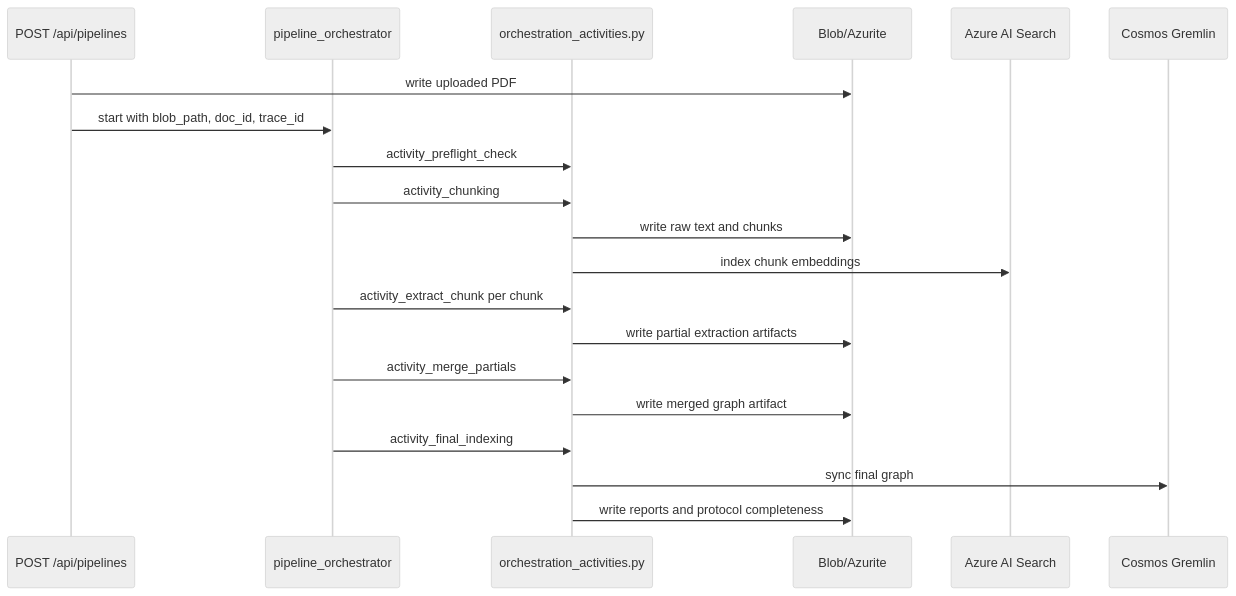
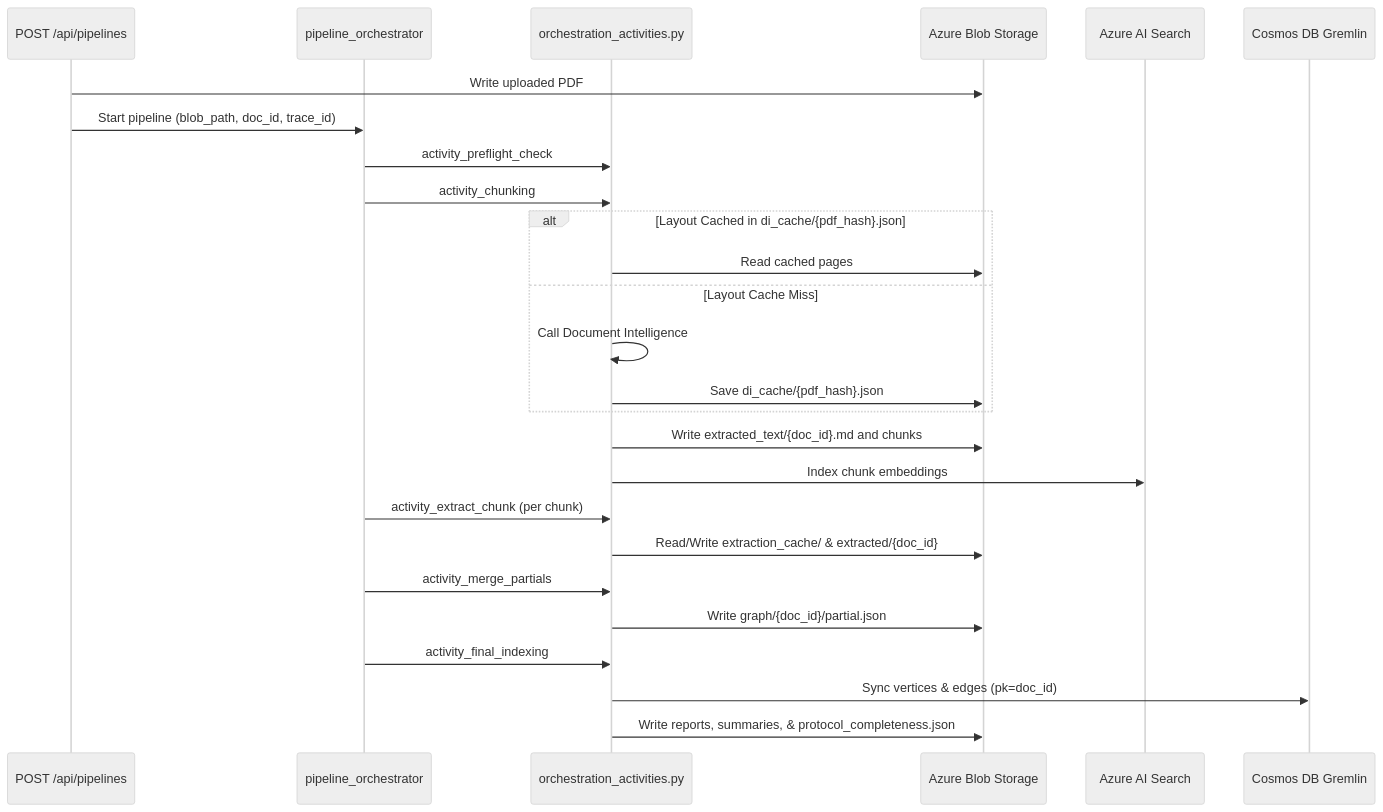
One commit to zvieli/MAG_Agent changed the diagram in src/processing/README.md. Above: the diagram before and after it, drawn with Mermaid (neutral theme). The commit also changed other lines of this file and 10 other files, not shown here.

````diff
--- a/src/processing/README.md
+++ b/src/processing/README.md
@@ -29,23 +30,29 @@
 ```mermaid
 sequenceDiagram
     participant HTTP as POST /api/pipelines
     participant O as pipeline_orchestrator
     participant A as orchestration_activities.py
-    participant S as Blob/Azurite
+    participant S as Azure Blob Storage
     participant Search as Azure AI Search
-    participant C as Cosmos Gremlin
+    participant C as Cosmos DB Gremlin
 
-    HTTP->>S: write uploaded PDF
-    HTTP->>O: start with blob_path, doc_id, trace_id
+    HTTP->>S: Write uploaded PDF
+    HTTP->>O: Start pipeline (blob_path, doc_id, trace_id)
     O->>A: activity_preflight_check
     O->>A: activity_chunking
-    A->>S: write raw text and chunks
-    A->>Search: index chunk embeddings
-    O->>A: activity_extract_chunk per chunk
-    A->>S: write partial extraction artifacts
+    alt Layout Cached in di_cache/{pdf_hash}.json
+        A->>S: Read cached pages
+    else Layout Cache Miss
+        A->>A: Call Document Intelligence
+        A->>S: Save di_cache/{pdf_hash}.json
+    end
+    A->>S: Write extracted_text/{doc_id}.md and chunks
+    A->>Search: Index chunk embeddings
+    O->>A: activity_extract_chunk (per chunk)
+    A->>S: Read/Write extraction_cache/ & extracted/{doc_id}
     O->>A: activity_merge_partials
-    A->>S: write merged graph artifact
+    A->>S: Write graph/{doc_id}/partial.json
     O->>A: activity_final_indexing
-    A->>C: sync final graph
-    A->>S: write reports and protocol completeness
+    A->>C: Sync vertices & edges (pk=doc_id)
+    A->>S: Write reports, summaries, & protocol_completeness.json
 ```
````
